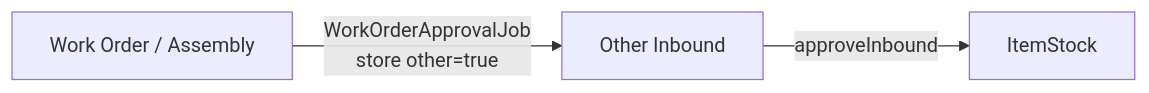
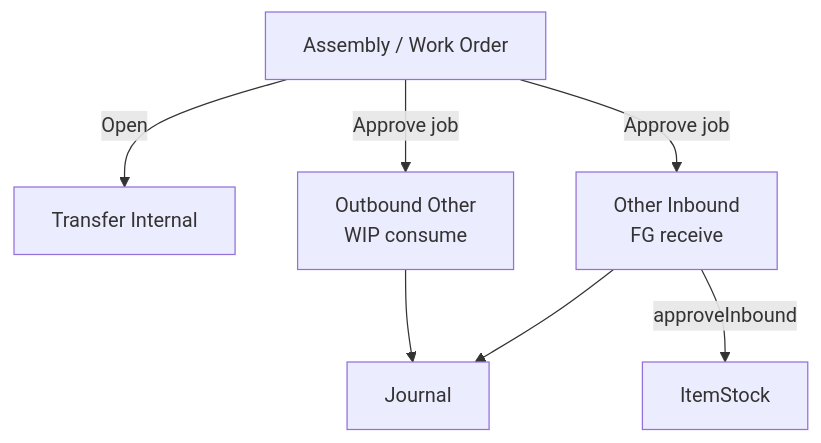
Before and after one commit to yendyr/olshoperp-docs: the second of 2 diagrams in qa-docs/supplychain-other-inbound/requirement.md, drawn with Mermaid. The commit also changed other lines of this file and 84 other files, not shown here.

````diff
--- a/qa-docs/supplychain-other-inbound/requirement.md
+++ b/qa-docs/supplychain-other-inbound/requirement.md
@@ -127,9 +136,16 @@
 ```mermaid
-flowchart LR
-    WO["Work Order / Assembly"]
-    OI["Other Inbound"]
+flowchart TB
+    WO["Assembly / Work Order"]
+    TFI["Transfer Internal"]
+    OUT["Outbound Other\nWIP consume"]
+    OI["Other Inbound\nFG receive"]
+    JR["Journal"]
     ST["ItemStock"]
 
-    WO -->|"WorkOrderApprovalJob\nstore other=true"| OI
+    WO -->|"Open"| TFI
+    WO -->|"Approve job"| OUT
+    WO -->|"Approve job"| OI
+    OUT --> JR
+    OI --> JR
     OI -->|"approveInbound"| ST
 ```
````
